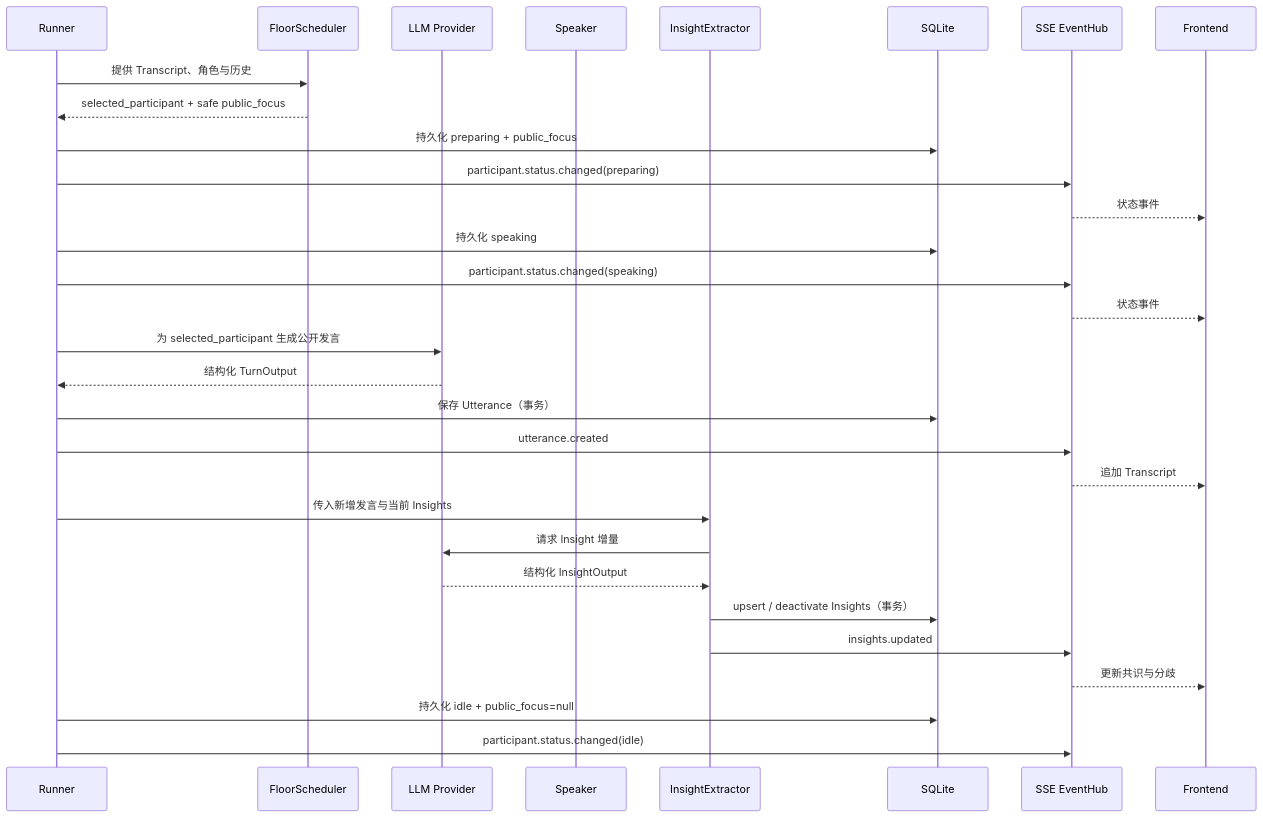
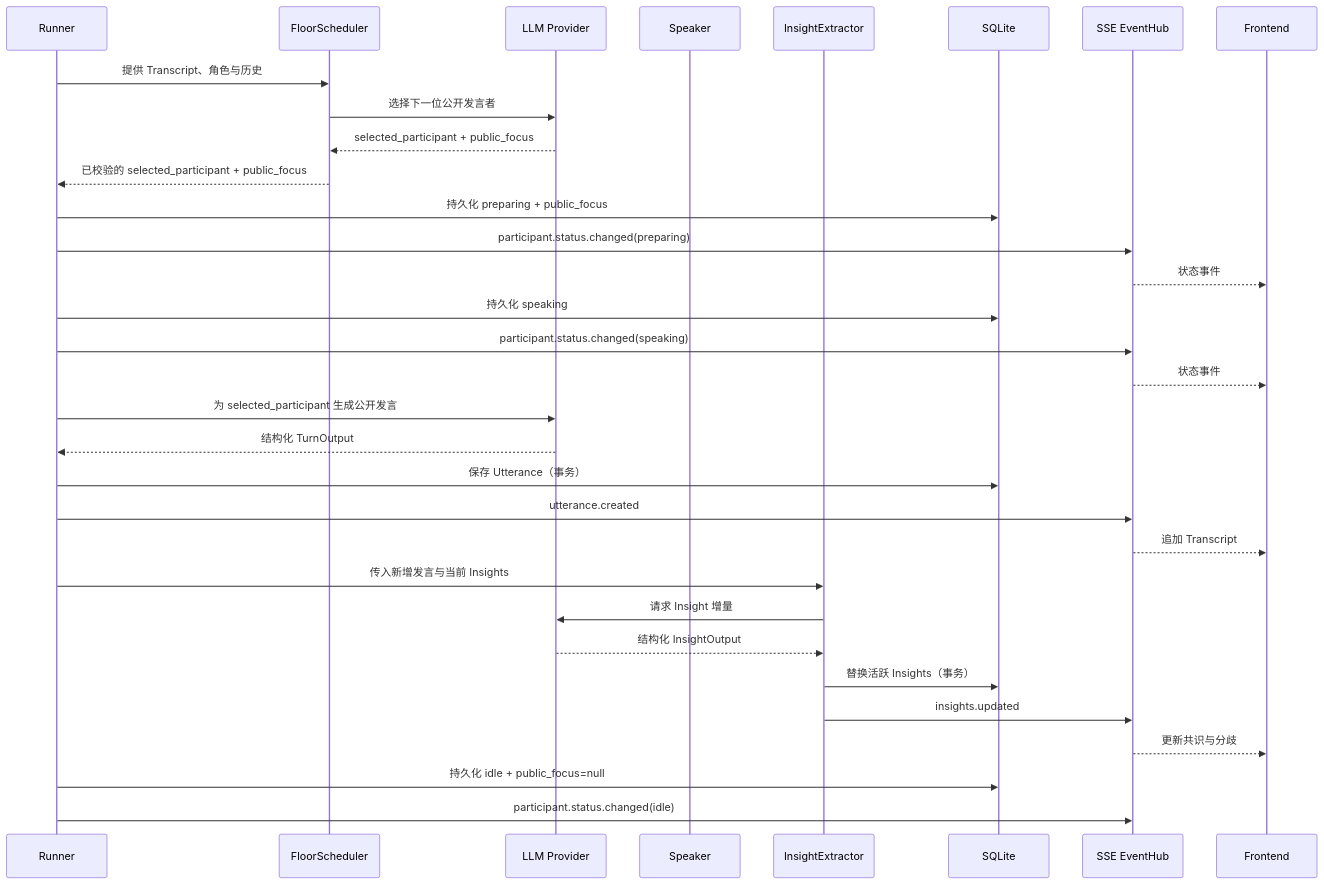
Before and after one commit to Miles-ya/AI-Panel-Studio: the second of 2 diagrams in docs/04-architecture.md, drawn with Mermaid. The commit also changed other lines of this file and 6 other files, not shown here.

````diff
--- a/docs/04-architecture.md
+++ b/docs/04-architecture.md
@@ -100,32 +101,34 @@
 ```mermaid
 sequenceDiagram
     participant R as Runner
     participant F as FloorScheduler
     participant L as LLM Provider
     participant S as Speaker
     participant I as InsightExtractor
     participant DB as SQLite
     participant E as SSE EventHub
     participant UI as Frontend
     R->>F: 提供 Transcript、角色与历史
-    F-->>R: selected_participant + safe public_focus
+    F->>L: 选择下一位公开发言者
+    L-->>F: selected_participant + public_focus
+    F-->>R: 已校验的 selected_participant + public_focus
     R->>DB: 持久化 preparing + public_focus
     R->>E: participant.status.changed(preparing)
     E-->>UI: 状态事件
     R->>DB: 持久化 speaking
     R->>E: participant.status.changed(speaking)
     E-->>UI: 状态事件
     R->>L: 为 selected_participant 生成公开发言
     L-->>R: 结构化 TurnOutput
     R->>DB: 保存 Utterance（事务）
     R->>E: utterance.created
     E-->>UI: 追加 Transcript
     R->>I: 传入新增发言与当前 Insights
     I->>L: 请求 Insight 增量
     L-->>I: 结构化 InsightOutput
-    I->>DB: upsert / deactivate Insights（事务）
+    I->>DB: 替换活跃 Insights（事务）
     I->>E: insights.updated
     E-->>UI: 更新共识与分歧
     R->>DB: 持久化 idle + public_focus=null
     R->>E: participant.status.changed(idle)
 ```
````
